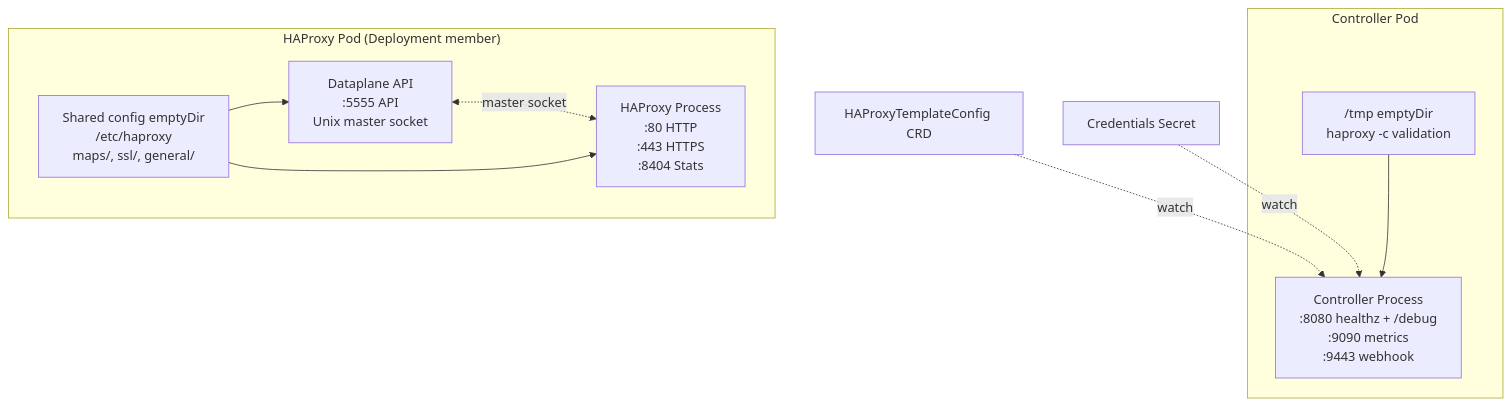
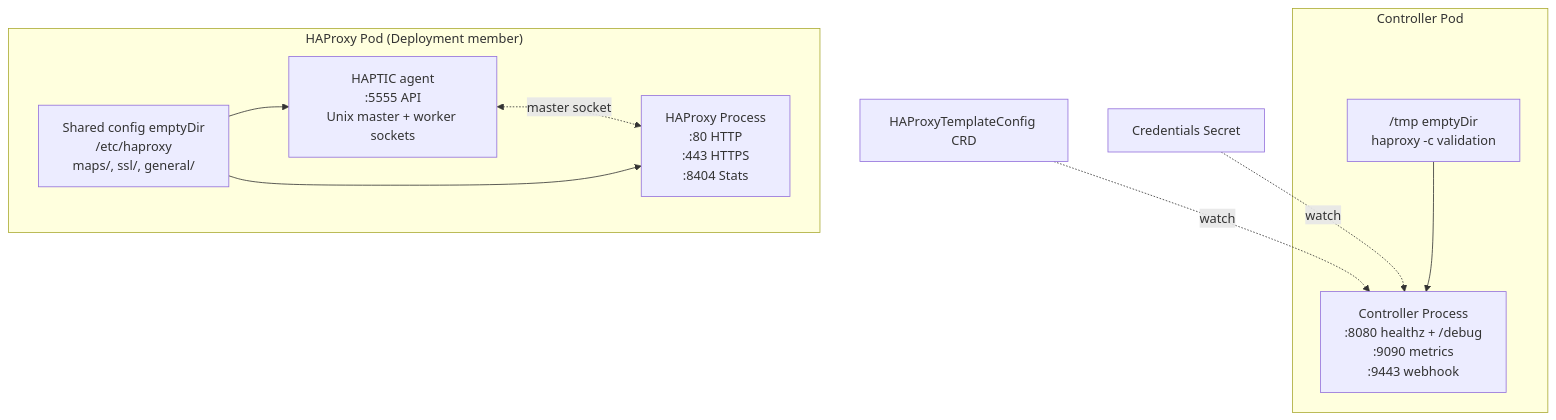
The second of 4 diagrams in docs/site/docs/development/design/deployment.md (HAProxy-Template-IC/haproxy-template-ingress-controller), drawn with Mermaid before and after one commit. The commit also changed other lines of this file and 2 other files, not shown here.

First line of the commit message:
Document the agent apply contract

````diff
--- a/docs/site/docs/development/design/deployment.md
+++ b/docs/site/docs/development/design/deployment.md
@@ -91,22 +91,22 @@
 ```mermaid
 graph TB
     subgraph "Controller Pod"
         CTRL_MAIN[Controller Process<br/>:8080 healthz + /debug<br/>:9090 metrics<br/>:9443 webhook]
         CTRL_TMP["/tmp emptyDir<br/>haproxy -c validation"]
     end
 
     subgraph "HAProxy Pod (Deployment member)"
         HAP_PROC[HAProxy Process<br/>:80 HTTP<br/>:443 HTTPS<br/>:8404 Stats]
-        DP_PROC[Dataplane API<br/>:5555 API<br/>Unix master socket]
+        DP_PROC[HAPTIC agent<br/>:5555 API<br/>Unix master + worker sockets]
         HAP_VOL[Shared config emptyDir<br/>/etc/haproxy<br/>maps/, ssl/, general/]
     end
 
     HTPLCFG[HAProxyTemplateConfig CRD] -. watch .-> CTRL_MAIN
     CREDS_SECRET[Credentials Secret] -. watch .-> CTRL_MAIN
     CTRL_TMP --> CTRL_MAIN
 
     DP_PROC <-. master socket .-> HAP_PROC
     HAP_VOL --> HAP_PROC
     HAP_VOL --> DP_PROC
 
 ```
````
